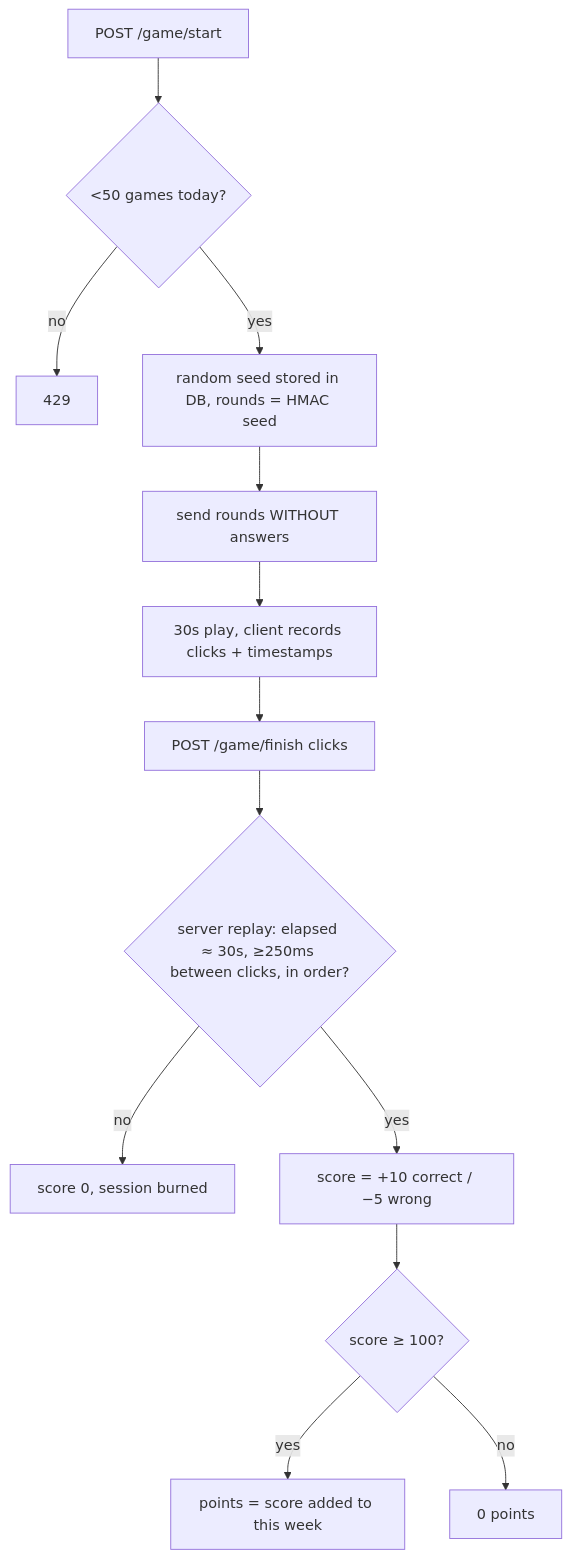
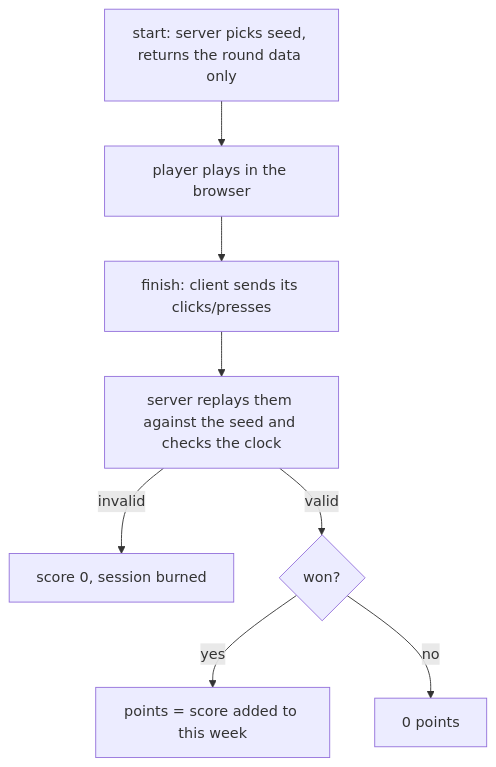
One commit to davide963-ux/cr-gr changed the third of 4 diagrams in README.md. Above: the diagram before and after it, drawn with Mermaid. The commit also changed other lines of this file and 15 other files, not shown here.

First line of the commit message:
Add second game: Chain Memory; shared game start/finish flow, games hub

````diff
--- a/README.md
+++ b/README.md
@@ -29,15 +36,10 @@
 ```mermaid
 flowchart TD
-  S[POST /game/start] --> L{<50 games today?}
-  L -- no --> X[429]
-  L -- yes --> SEED[random seed stored in DB, rounds = HMAC seed]
-  SEED --> R[send rounds WITHOUT answers]
-  R --> PLAY[30s play, client records clicks + timestamps]
-  PLAY --> F[POST /game/finish clicks]
-  F --> CHK{server replay: elapsed ≈ 30s, ≥250ms between clicks, in order?}
-  CHK -- no --> ZERO[score 0, session burned]
-  CHK -- yes --> SC[score = +10 correct / −5 wrong]
-  SC --> W{score ≥ 100?}
+  S[start: server picks seed, returns the round data only] --> P[player plays in the browser]
+  P --> F[finish: client sends its clicks/presses]
+  F --> V[server replays them against the seed and checks the clock]
+  V -- invalid --> Z[score 0, session burned]
+  V -- valid --> W{won?}
   W -- yes --> PTS[points = score added to this week]
-  W -- no --> NONE[0 points]
+  W -- no --> N[0 points]
 ```
````
